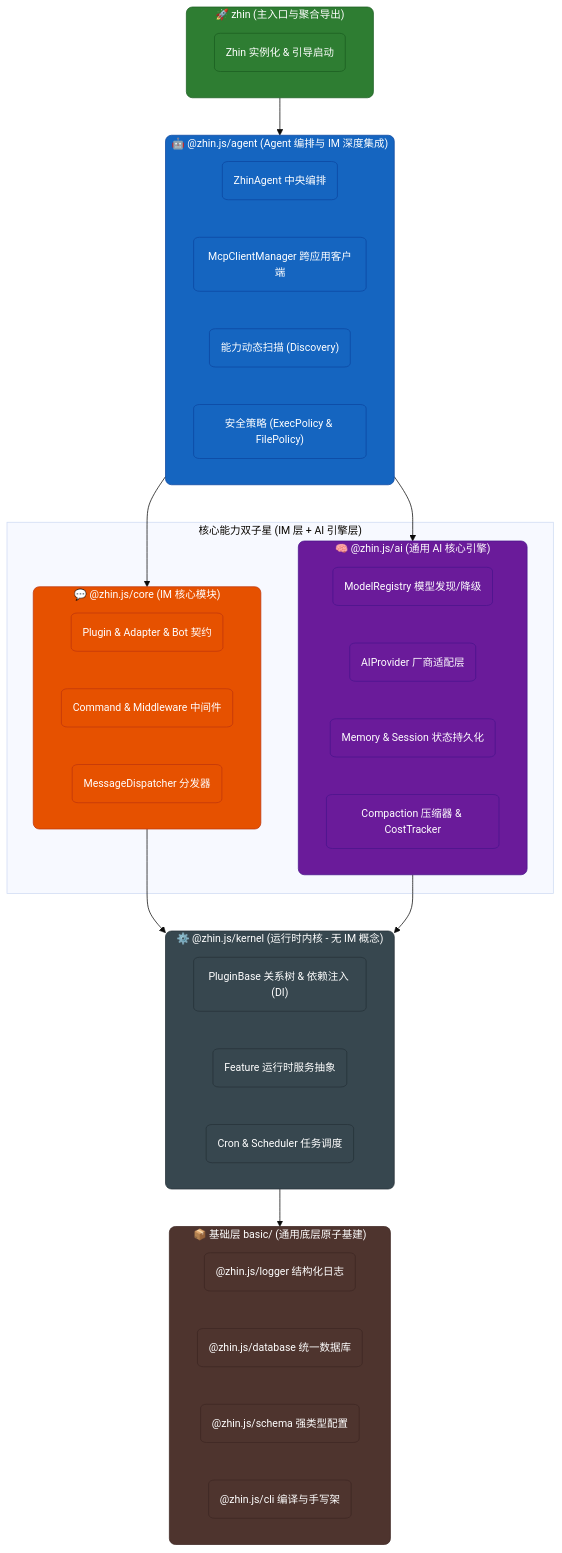
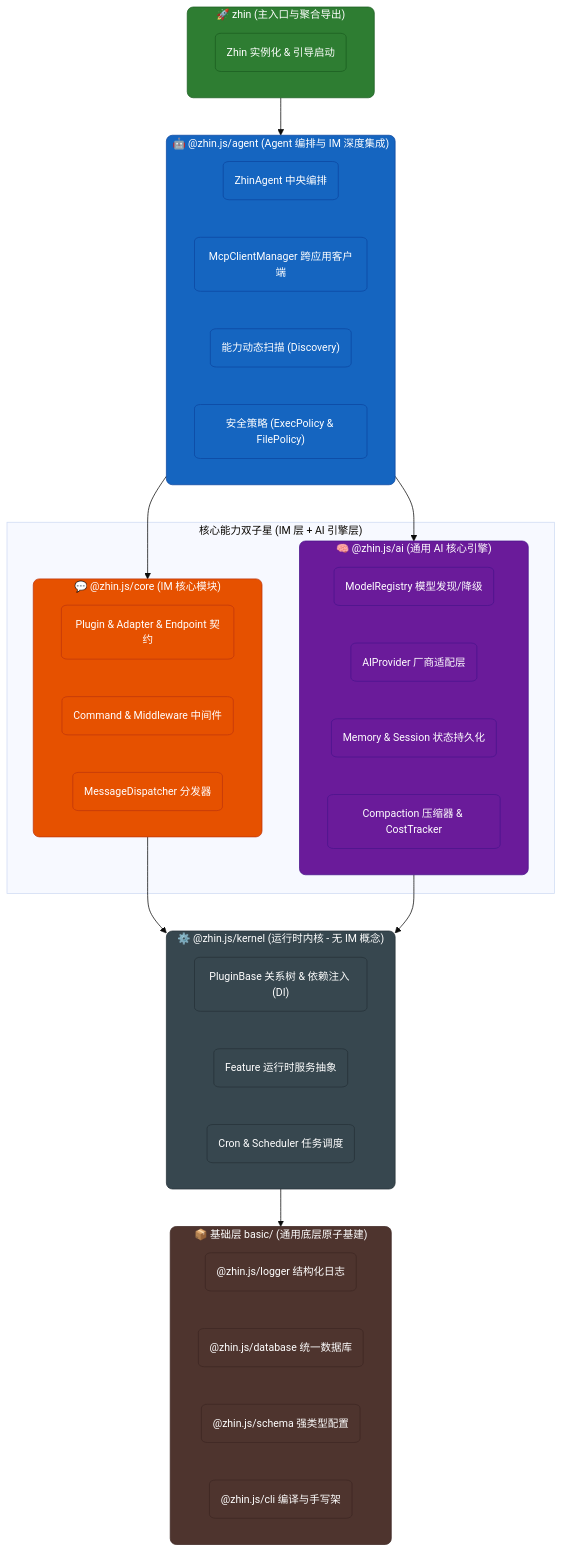
The first of 4 diagrams in README.md (zhinjs/zhin), drawn with Mermaid before and after one commit. The commit also changed other lines of this file and 629 other files, not shown here.

First line of the commit message:
refactor: update terminology from Bot to Endpoint across documentation and codebase

````diff
--- a/README.md
+++ b/README.md
@@ -279,63 +281,63 @@
 ```mermaid
 %%{init: {'theme': 'base', 'themeVariables': { 'fontSize': '14px' }}}%%
 graph TB
   subgraph L5["🚀 zhin (主入口与聚合导出)"]
     L5A("Zhin 实例化 & 引导启动")
   end
 
   subgraph L4["🤖 @zhin.js/agent (Agent 编排与 IM 深度集成)"]
     L4A("ZhinAgent 中央编排")
     L4B("McpClientManager 跨应用客户端")
     L4C("能力动态扫描 (Discovery)")
     L4D("安全策略 (ExecPolicy & FilePolicy)")
   end
 
   subgraph L3["核心能力双子星 (IM 层 + AI 引擎层)"]
     subgraph L3A["💬 @zhin.js/core (IM 核心模块)"]
-      C1("Plugin & Adapter & Bot 契约")
+      C1("Plugin & Adapter & Endpoint 契约")
       C2("Command & Middleware 中间件")
       C3("MessageDispatcher 分发器")
     end
     subgraph L3B["🧠 @zhin.js/ai (通用 AI 核心引擎)"]
       A1("ModelRegistry 模型发现/降级")
       A2("AIProvider 厂商适配层")
       A3("Memory & Session 状态持久化")
       A4("Compaction 压缩器 & CostTracker")
     end
   end
 
   subgraph L2["⚙️ @zhin.js/kernel (运行时内核 - 无 IM 概念)"]
     L2A("PluginBase 关系树 & 依赖注入 (DI)")
     L2B("Feature 运行时服务抽象")
     L2C("Cron & Scheduler 任务调度")
   end
 
   subgraph L1["📦 基础层 basic/ (通用底层原子基建)"]
     L1A("@zhin.js/logger 结构化日志")
     L1B("@zhin.js/database 统一数据库")
     L1C("@zhin.js/schema 强类型配置")
     L1D("@zhin.js/cli 编译与手写架")
   end
 
   %% 依赖流向
   L5 --> L4
   L4 --> L3A
   L4 --> L3B
   L3A --> L2
   L3B --> L2
   L2 --> L1
 
   classDef main fill:#2e7d32,stroke:#1b5e20,color:#fff,rx:8
   classDef agent fill:#1565c0,stroke:#0d47a1,color:#fff,rx:8
   classDef core fill:#e65100,stroke:#bf360c,color:#fff,rx:8
   classDef ai fill:#6a1b9a,stroke:#4a148c,color:#fff,rx:8
   classDef kernel fill:#37474f,stroke:#263238,color:#fff,rx:8
   classDef basic fill:#4e342e,stroke:#3e2723,color:#fff,rx:8
 
   class L5,L5A main
   class L4,L4A,L4B,L4C,L4D agent
   class L3A,C1,C2,C3 core
   class L3B,A1,A2,A3,A4 ai
   class L2,L2A,L2B,L2C kernel
   class L1,L1A,L1B,L1C,L1D basic
 ```
````
